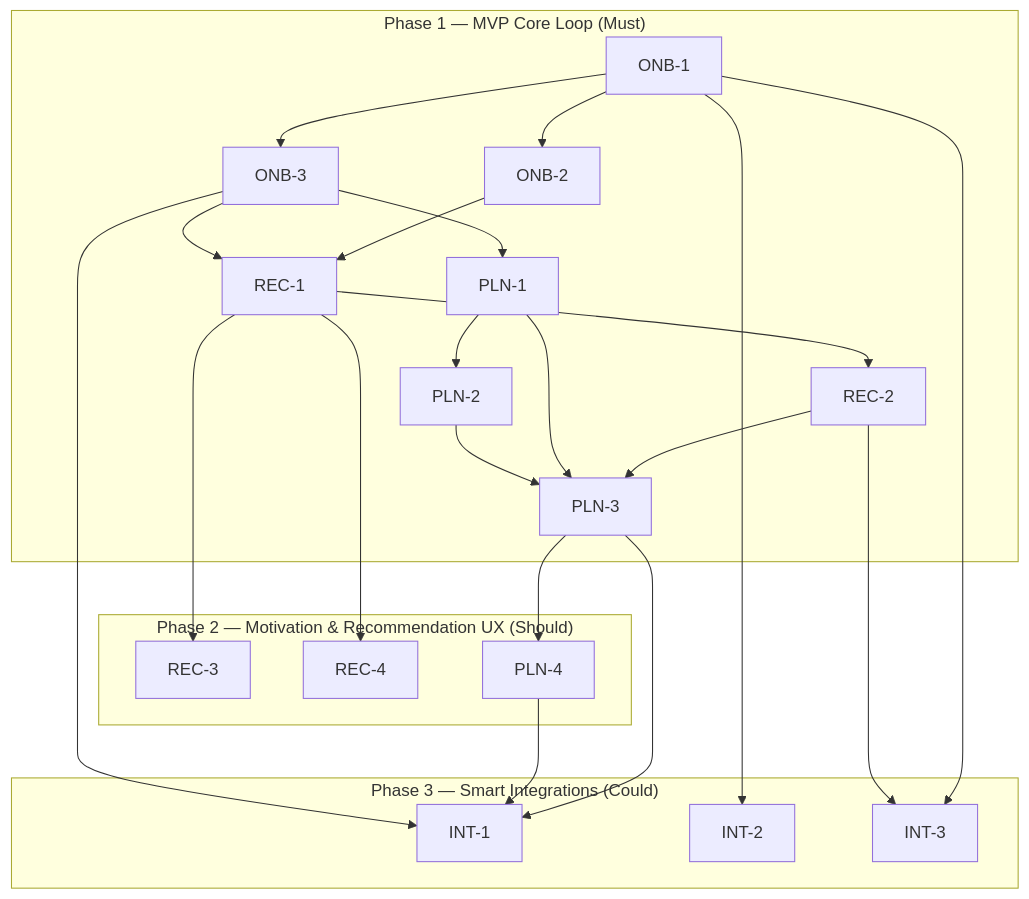
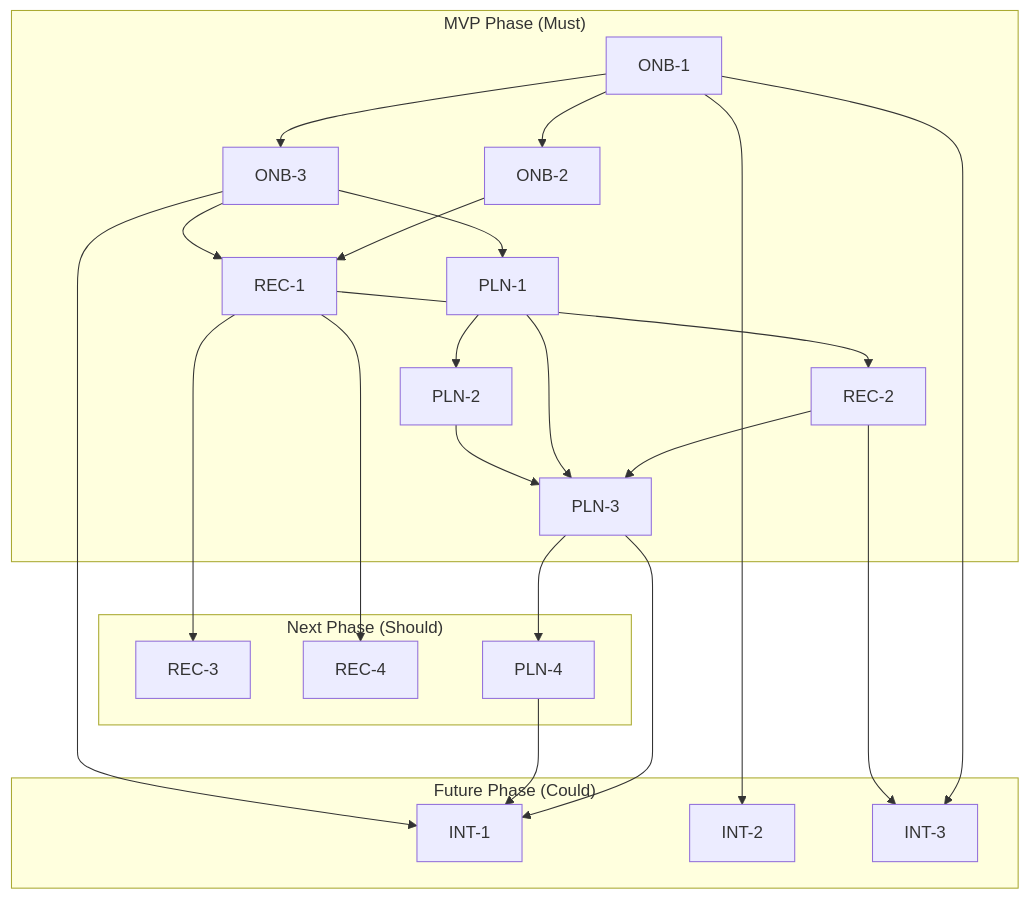
The diagram in docs/01-requirements/02-plan/release-plan.md (Kikofah/smartFit_daily), drawn with Mermaid before and after one commit. The commit also changed other lines of this file and 5 other files, not shown here.

First line of the commit message:
Rename release plan phases to MVP/Next/Future terminology

````diff
--- a/docs/01-requirements/02-plan/release-plan.md
+++ b/docs/01-requirements/02-plan/release-plan.md
@@ -96,34 +96,34 @@
 ```mermaid
 flowchart TD
-    subgraph P1["Phase 1 — MVP Core Loop (Must)"]
+    subgraph P1["MVP Phase (Must)"]
         ONB1["ONB-1"] --> ONB2["ONB-2"]
         ONB1 --> ONB3["ONB-3"]
         ONB2 --> REC1["REC-1"]
         ONB3 --> REC1
         REC1 --> REC2["REC-2"]
         ONB3 --> PLN1["PLN-1"]
         PLN1 --> PLN2["PLN-2"]
         REC2 --> PLN3["PLN-3"]
         PLN1 --> PLN3
         PLN2 --> PLN3
     end
-    subgraph P2["Phase 2 — Motivation & Recommendation UX (Should)"]
+    subgraph P2["Next Phase (Should)"]
         REC3["REC-3"]
         REC4["REC-4"]
         PLN4["PLN-4"]
     end
-    subgraph P3["Phase 3 — Smart Integrations (Could)"]
+    subgraph P3["Future Phase (Could)"]
         INT1["INT-1"]
         INT2["INT-2"]
         INT3["INT-3"]
     end
     REC1 --> REC3
     REC1 --> REC4
     PLN3 --> PLN4
     PLN3 --> INT1
     PLN4 --> INT1
     ONB3 --> INT1
     ONB1 --> INT2
     ONB1 --> INT3
     REC2 --> INT3
 ```
````
